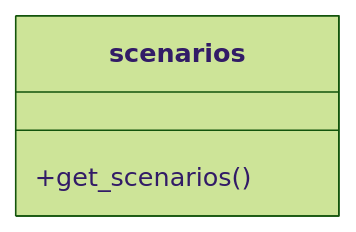
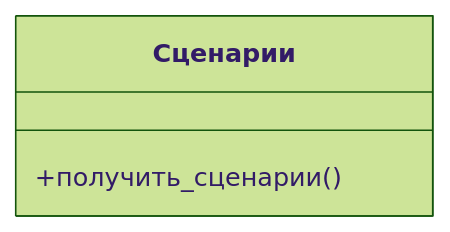
The fifth of 11 diagrams in controller-logic.md (Marat22/MiriadRobotDocs), drawn with Mermaid (forest theme) before and after one commit. The commit also changed other lines of this file, not shown here.

````diff
--- a/controller-logic.md
+++ b/controller-logic.md
@@ -137,6 +148,6 @@
 ```mermaid
 classDiagram
-  class scenarios{
-    +get_scenarios()
+  class Сценарии{
+    +получить_сценарии()
   }
 ```
````
